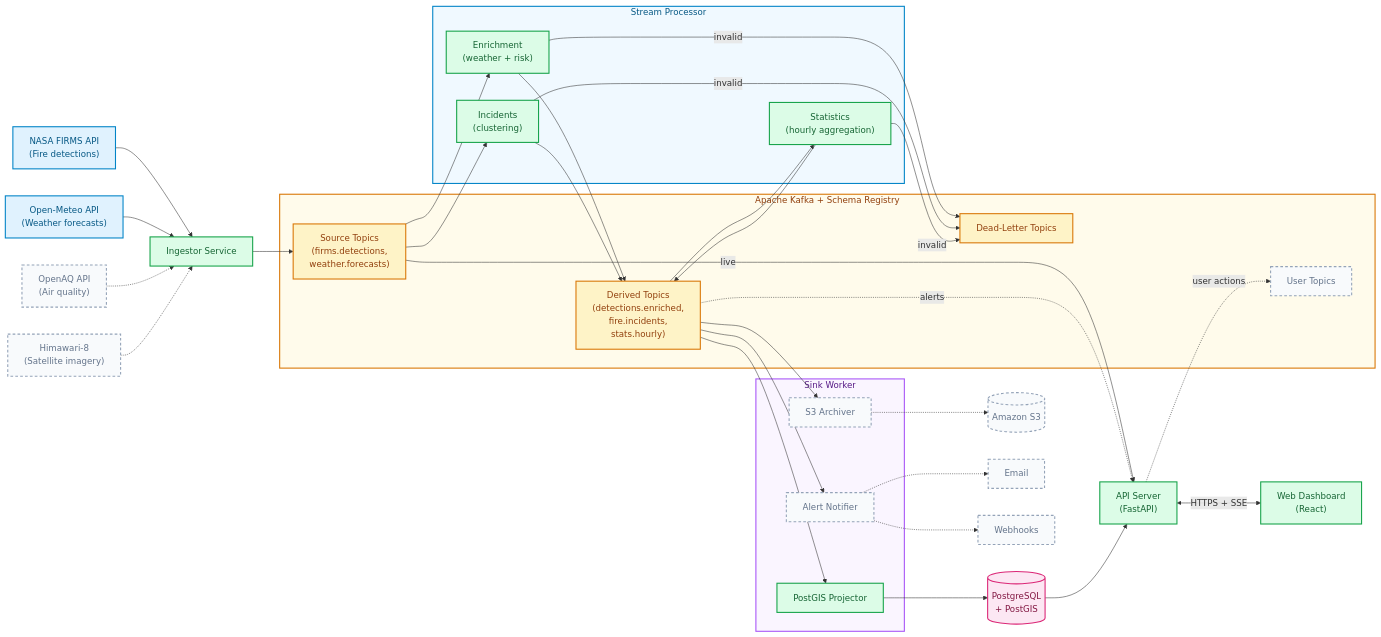
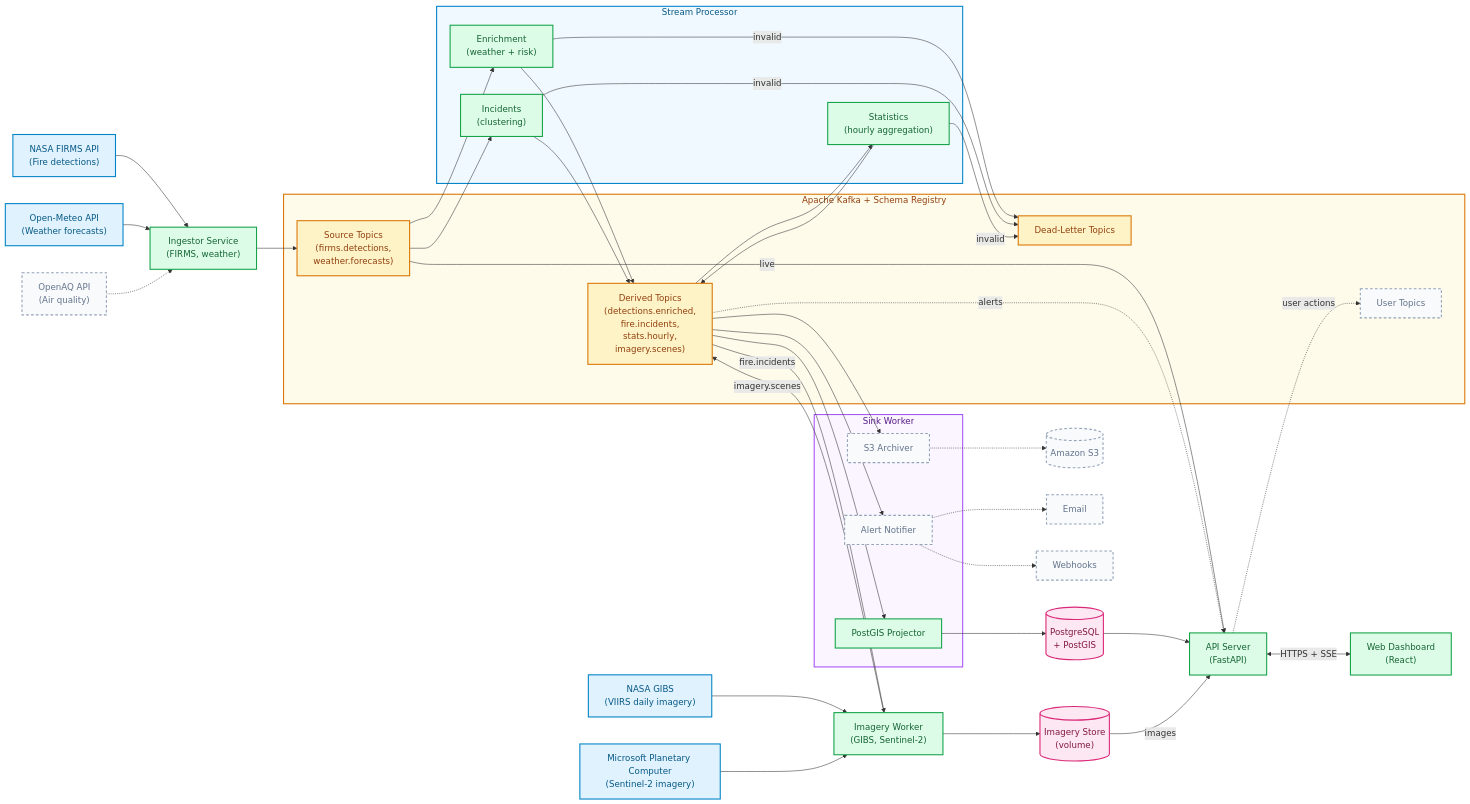
The diagram in docs/architecture/high-level-architecture.md (marcparaira/wildfire-intelligence-platform), drawn with Mermaid before and after one commit. The commit also changed other lines of this file and 45 other files, not shown here.

````diff
--- a/docs/architecture/high-level-architecture.md
+++ b/docs/architecture/high-level-architecture.md
@@ -17,20 +13,22 @@
 ```mermaid
 flowchart LR
+    %% Layout: left to right in the order data flows. Nodes are declared next to
+    %% the nodes they connect to, which keeps crossing edges down.
+
     %% External Sources (Implemented)
     FIRMS["NASA FIRMS API<br/>(Fire detections)"]
     METEO["Open-Meteo API<br/>(Weather forecasts)"]
 
     %% External Sources (Planned)
     OPENAQ["OpenAQ API<br/>(Air quality)"]
-    HIMAWARI["Himawari-8<br/>(Satellite imagery)"]
 
     %% Ingestor Service
-    ING["Ingestor Service"]
+    ING["Ingestor Service<br/>(FIRMS, weather)"]
 
-    %% Apache Kafka (Compact)
+    %% Apache Kafka (imagery.scenes counts as derived: it is built from fire.incidents)
     subgraph KAFKA["Apache Kafka + Schema Registry"]
         T_SRC["Source Topics<br/>(firms.detections,<br/>weather.forecasts)"]
-        T_DER["Derived Topics<br/>(detections.enriched,<br/>fire.incidents,<br/>stats.hourly)"]
+        T_DER["Derived Topics<br/>(detections.enriched,<br/>fire.incidents,<br/>stats.hourly,<br/>imagery.scenes)"]
         T_USER["User Topics"]
         T_DLQ["Dead-Letter Topics"]
     end
@@ -42,72 +40,71 @@
         S_STATS["Statistics<br/>(hourly aggregation)"]
     end
 
-    %% Sink Worker Service
+    %% Sink Worker Service (declared before the imagery worker, so it is drawn above it)
     subgraph WORKER["Sink Worker"]
         W_DB["PostGIS Projector"]
         W_S3["S3 Archiver"]
         W_ALERT["Alert Notifier"]
     end
 
+    %% Imagery Worker and its sources (shares packages/producers with the ingestor)
+    GIBS["NASA GIBS<br/>(VIIRS daily imagery)"]
+    PC["Microsoft Planetary Computer<br/>(Sentinel-2 imagery)"]
+    IMG["Imagery Worker<br/>(GIBS, Sentinel-2)"]
+
     %% Data Storage & Destinations
     DB[("PostgreSQL<br/>+ PostGIS")]
     S3[("Amazon S3")]
     EMAIL["Email"]
     WEBHOOK["Webhooks"]
+    STORE[("Imagery Store<br/>(volume)")]
 
     %% API & Frontend
     API["API Server<br/>(FastAPI)"]
     UI["Web Dashboard<br/>(React)"]
 
-    %% Main flows: Sources to Ingestor
+    %% Sources to Ingestor to Kafka
     FIRMS --> ING
     METEO --> ING
     OPENAQ -.-> ING
-    HIMAWARI -.-> ING
-
-    %% Ingestor to Kafka Source Topics
     ING --> T_SRC
 
-    %% Stream Processor: Source Topics to Jobs (both Enrichment and Incidents in parallel)
+    %% Stream Processor: source topics in, derived topics out
     T_SRC --> S_ENRICH
     T_SRC --> S_INC
-
-    %% Stream Processor: Enrichment output to Derived Topics
     S_ENRICH --> T_DER
-
-    %% Stream Processor: Incidents output to Derived Topics
     S_INC --> T_DER
-
-    %% Stream Processor: Statistics reads from Derived (Enriched), outputs to Derived
     T_DER --> S_STATS
     S_STATS --> T_DER
-
-    %% Error handling
     S_ENRICH -->|invalid| T_DLQ
     S_INC -->|invalid| T_DLQ
     S_STATS -->|invalid| T_DLQ
 
-    %% Sink Worker: Derived Topics to Storage
+    %% Sink Worker: derived topics to storage
     T_DER --> W_DB
     T_DER --> W_S3
     T_DER --> W_ALERT
-
-    %% Storage destinations
     W_DB --> DB
     W_S3 -.-> S3
     W_ALERT -.-> EMAIL
     W_ALERT -.-> WEBHOOK
 
-    %% API: Database and Kafka
+    %% Imagery Worker: incidents in; images to the store, scene metadata back to Kafka
+    T_DER -->|fire.incidents| IMG
+    GIBS --> IMG
+    PC --> IMG
+    IMG -->|imagery.scenes| T_DER
+    IMG --> STORE
+
+    %% API: database, imagery store, and the live stream
     DB --> API
+    STORE -->|images| API
     T_SRC -->|live| API
-
-    %% Planned: User topics and alerts
-    API -.->|user actions| T_USER
     T_DER -.->|alerts| API
 
-    %% Frontend
+    %% Frontend and planned user actions
     API <-->|HTTPS + SSE| UI
+    API -.->|user actions| T_USER
 
     %% Styling
     classDef done fill:#dcfce7,stroke:#16a34a,stroke-width:2px,color:#166534
@@ -116,17 +113,16 @@
     classDef streaming fill:#fef3c7,stroke:#d97706,stroke-width:2px,color:#92400e
     classDef storage fill:#fce7f3,stroke:#db2777,stroke-width:2px,color:#831843
 
-    class FIRMS,METEO external
-    class ING done
+    class FIRMS,METEO,GIBS,PC external
+    class ING,IMG done
     class T_SRC,T_DER,T_DLQ streaming
-    class DB storage
+    class DB,STORE storage
     class S_ENRICH,S_INC,S_STATS done
     class W_DB done
     class API,UI done
 
-    class OPENAQ,HIMAWARI planned
+    class OPENAQ planned
     class T_USER planned
-    class S_ALERT planned
     class S3,EMAIL,WEBHOOK planned
     class W_S3,W_ALERT planned
 
````
